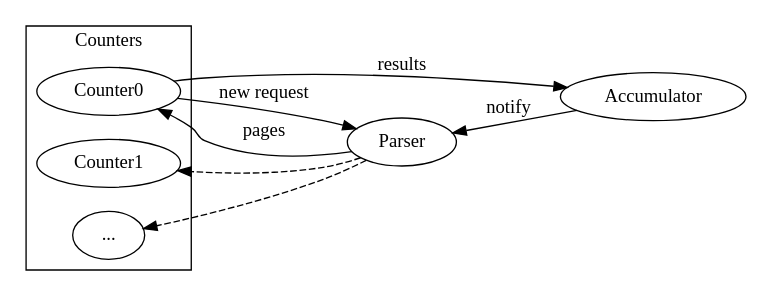
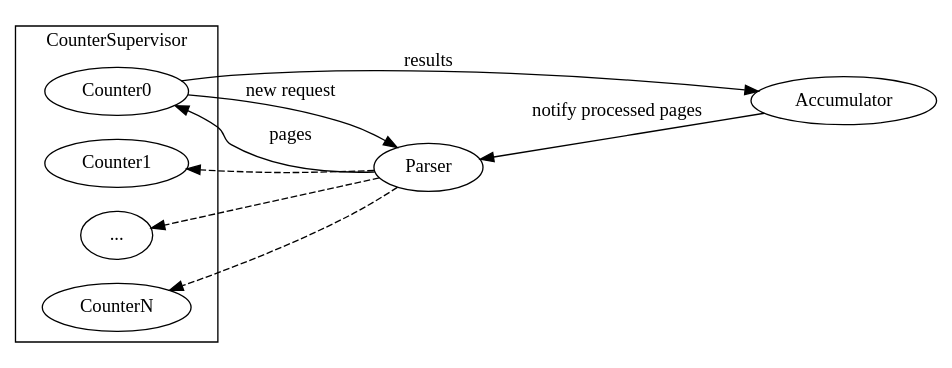
One commit to anqurvanillapy/capdist changed the diagram in arch.dot. Above: the diagram before and after it, drawn with Graphviz. The commit also changed 6 other files, not shown here.

```diff
--- a/arch.dot
+++ b/arch.dot
@@ -1,19 +1,21 @@
 digraph arch {
     rankdir=RL;
 
     Parser -> Counter0 [label="pages"];
     Counter0 -> Parser [label="new request"];
     Counter0 -> Accumulator [label="results"];
-    Accumulator -> Parser [label="notify"];
+    Accumulator -> Parser [label="notify processed pages"];
 
     subgraph cluster_counter {
-        label="Counters";
+        label="CounterSupervisor";
         Counter0;
         Counter1;
-        Counter2 [label="..."];
+        CounterRest [label="..."];
+        CounterN;
     }
 
     edge [style="dashed"];
     Parser -> Counter1;
-    Parser -> Counter2;
+    Parser -> CounterRest;
+    Parser -> CounterN;
 }
```
